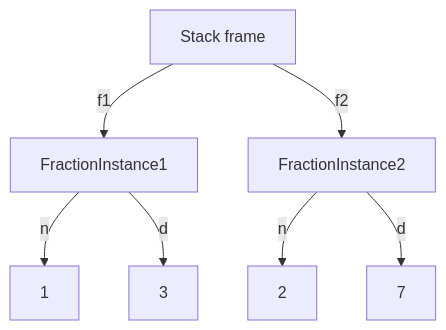
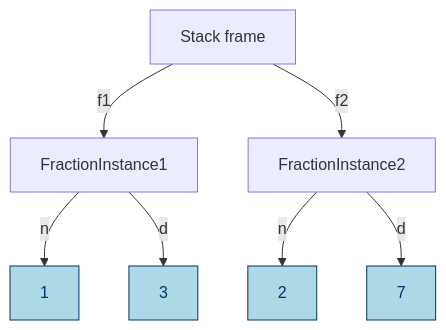
One commit to TobiasWrigstad/peps changed the fourth of 10 diagrams in pep795.md. Above: the diagram before and after it, drawn with Mermaid. The commit also changed other lines of this file, not shown here.

````diff
--- a/pep795.md
+++ b/pep795.md
@@ -111,9 +539,10 @@
 ```mermaid
 graph TD;
   A[Stack frame]-- f1 -->B[FractionInstance1]
-  B-- n -->1
-  B-- d -->3
+  B-- n -->1:::imm
+  B-- d -->3:::imm
   A-- f2 -->D[FractionInstance2]
-  D-- n -->2
-  D-- d -->7
+  D-- n -->2:::imm
+  D-- d -->7:::imm
+  classDef imm fill:#ADD8E6,stroke:#003366,stroke-width:1px,color:#003366;
 ```
````
